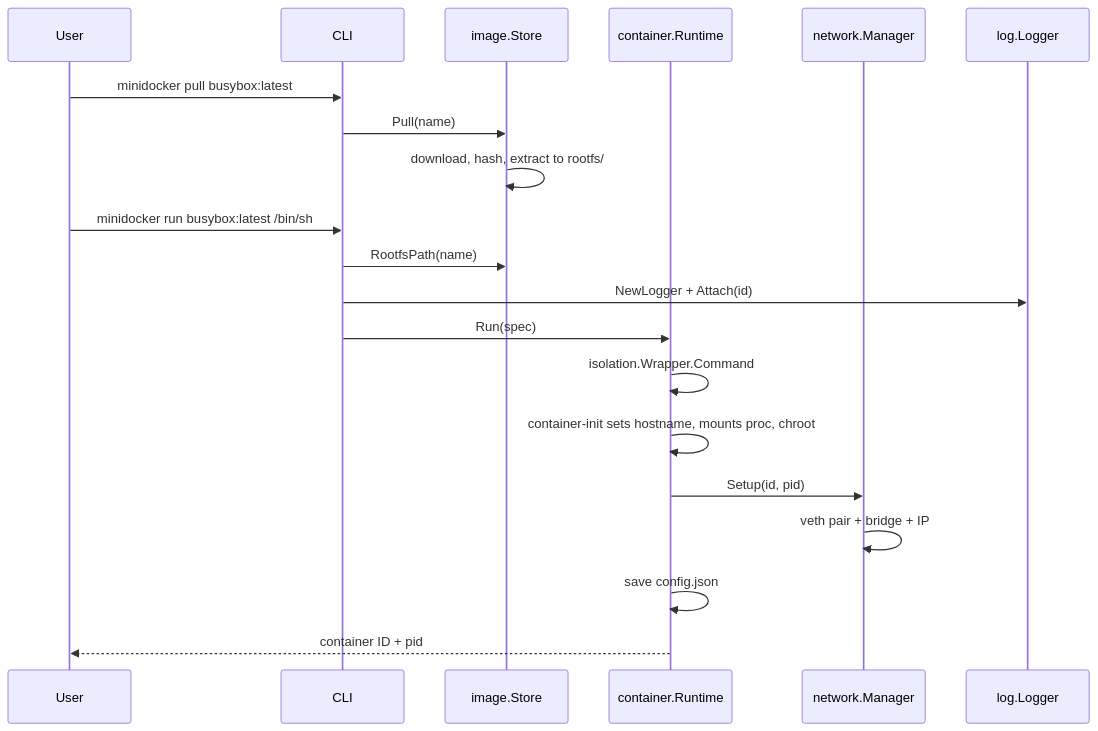
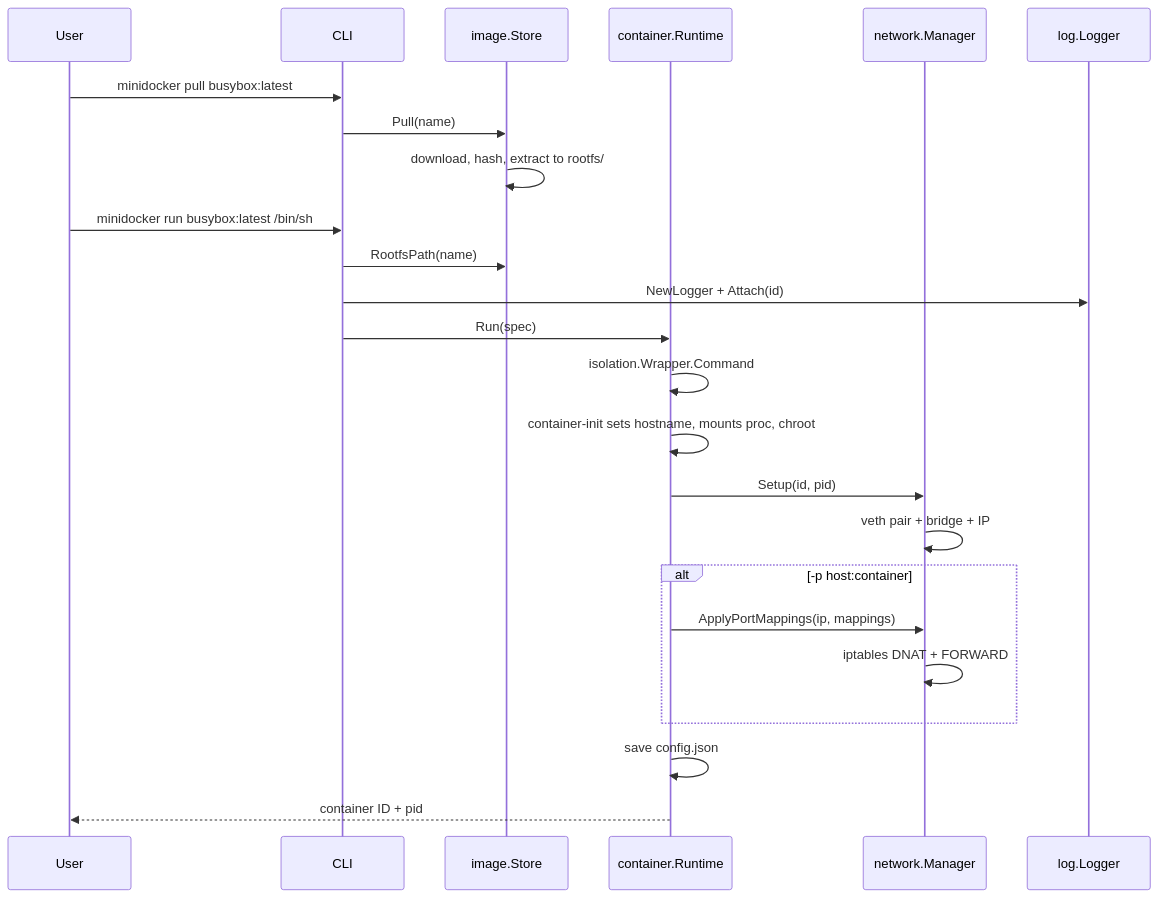
One commit to dannysecurity/minidocker changed the second of 4 diagrams in README.md. Above: the diagram before and after it, drawn with Mermaid. The commit also changed other lines of this file and 13 other files, not shown here.

First line of the commit message:
Implement iptables port mapping for container networking

````diff
--- a/README.md
+++ b/README.md
@@ -108,24 +108,28 @@
 ```mermaid
 sequenceDiagram
   participant User
   participant CLI
   participant Image as image.Store
   participant Runtime as container.Runtime
   participant Net as network.Manager
   participant Logger as log.Logger
 
   User->>CLI: minidocker pull busybox:latest
   CLI->>Image: Pull(name)
   Image->>Image: download, hash, extract to rootfs/
 
   User->>CLI: minidocker run busybox:latest /bin/sh
   CLI->>Image: RootfsPath(name)
   CLI->>Logger: NewLogger + Attach(id)
   CLI->>Runtime: Run(spec)
   Runtime->>Runtime: isolation.Wrapper.Command
   Runtime->>Runtime: container-init sets hostname, mounts proc, chroot
   Runtime->>Net: Setup(id, pid)
   Net->>Net: veth pair + bridge + IP
+  alt -p host:container
+    Runtime->>Net: ApplyPortMappings(ip, mappings)
+    Net->>Net: iptables DNAT + FORWARD
+  end
   Runtime->>Runtime: save config.json
   Runtime-->>User: container ID + pid
 ```
````
